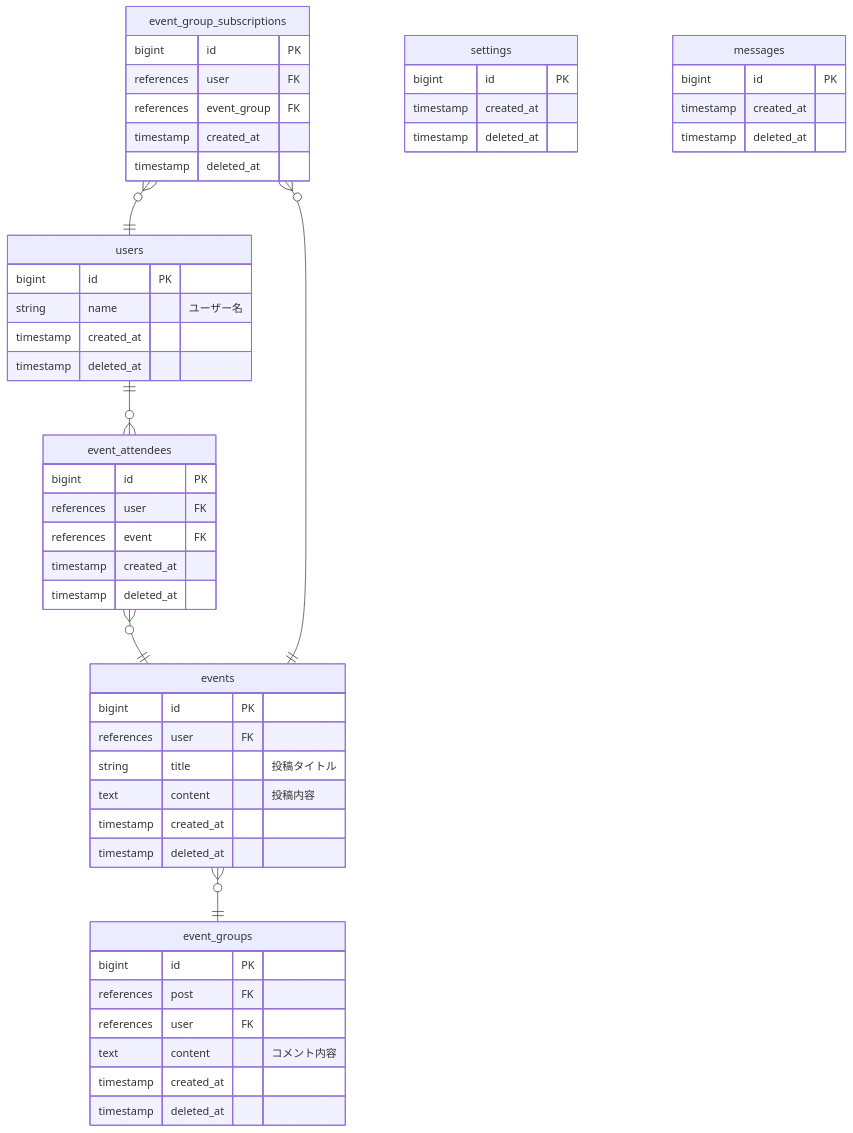
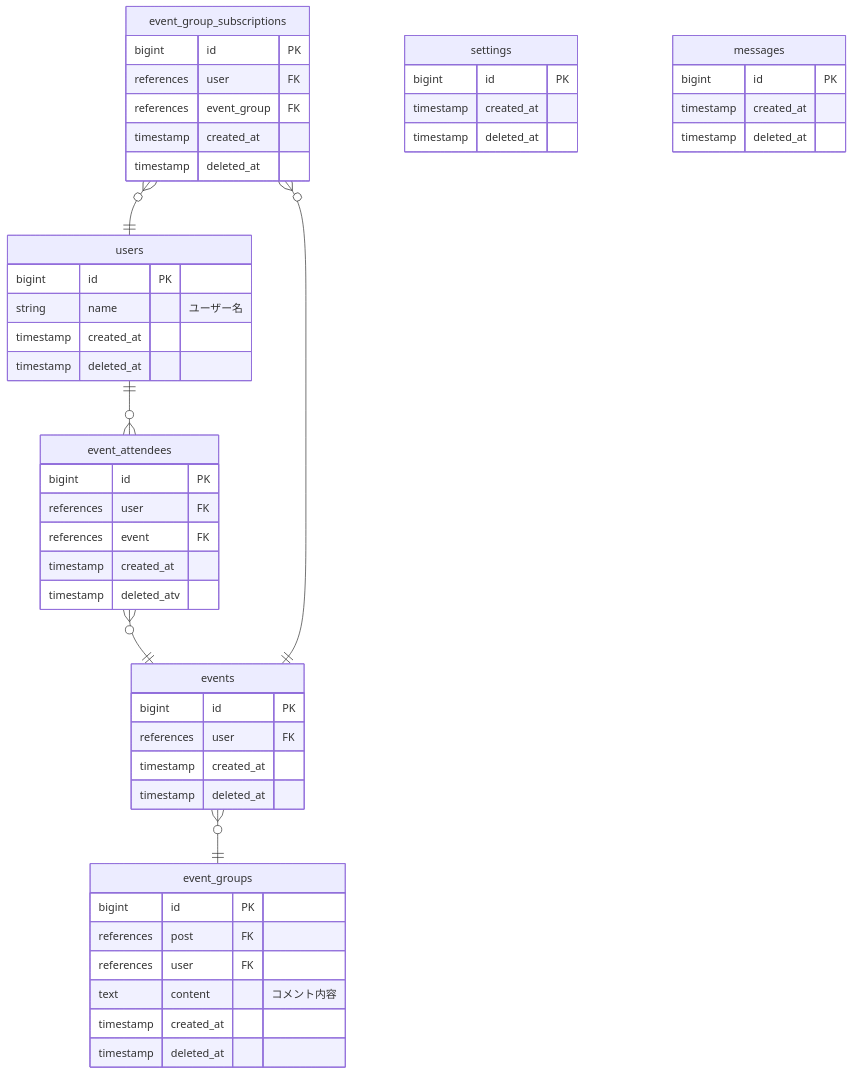
Before and after one commit to Godan/ConCon: the diagram in docs/er.md, drawn with Mermaid.

````diff
--- a/docs/er.md
+++ b/docs/er.md
@@ -1,61 +1,59 @@
-```mermaid　
+```mermaid
 erDiagram
   users ||--o{ event_attendees : ""
   event_group_subscriptions }o--|| users: ""
   event_attendees }o--|| events : ""
   events }o--|| event_groups: ""
   event_group_subscriptions }o--|| events: ""
 
   users {
     bigint id PK
     string name "ユーザー名"
     timestamp created_at
     timestamp deleted_at
   }
 
   events {
     bigint id PK
     references user FK
-    string title "投稿タイトル"
-    text content "投稿内容"
     timestamp created_at
     timestamp deleted_at
   }
 
   event_attendees {
     bigint id PK
     references user FK
     references event FK
     timestamp created_at
-    timestamp deleted_at
-  }  
+    timestamp deleted_atv
+  }
 
   event_groups {
     bigint id PK
     references post FK
     references user FK
     text content "コメント内容"
     timestamp created_at
     timestamp deleted_at
   }
 
   event_group_subscriptions {
     bigint id PK
     references user FK
     references event_group FK
     timestamp created_at
     timestamp deleted_at
   }
 
   settings {
     bigint id PK
     timestamp created_at
     timestamp deleted_at
   }
 
   messages {
     bigint id PK
     timestamp created_at
     timestamp deleted_at
   }
   ```
````
